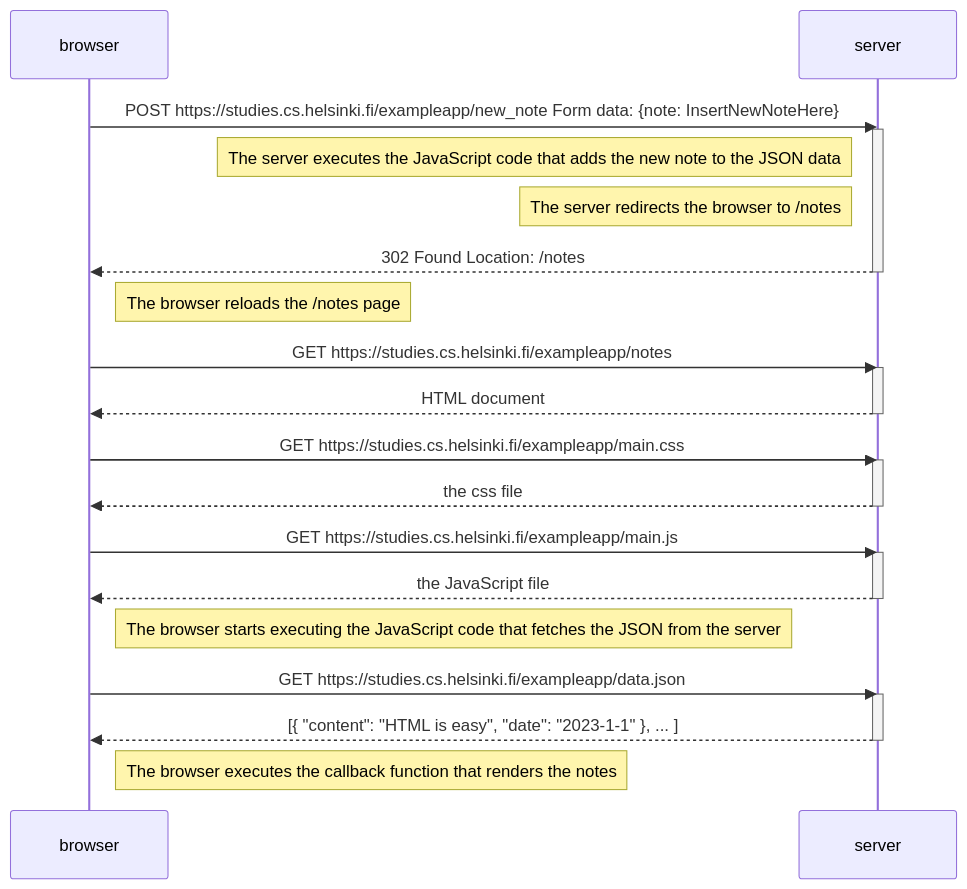
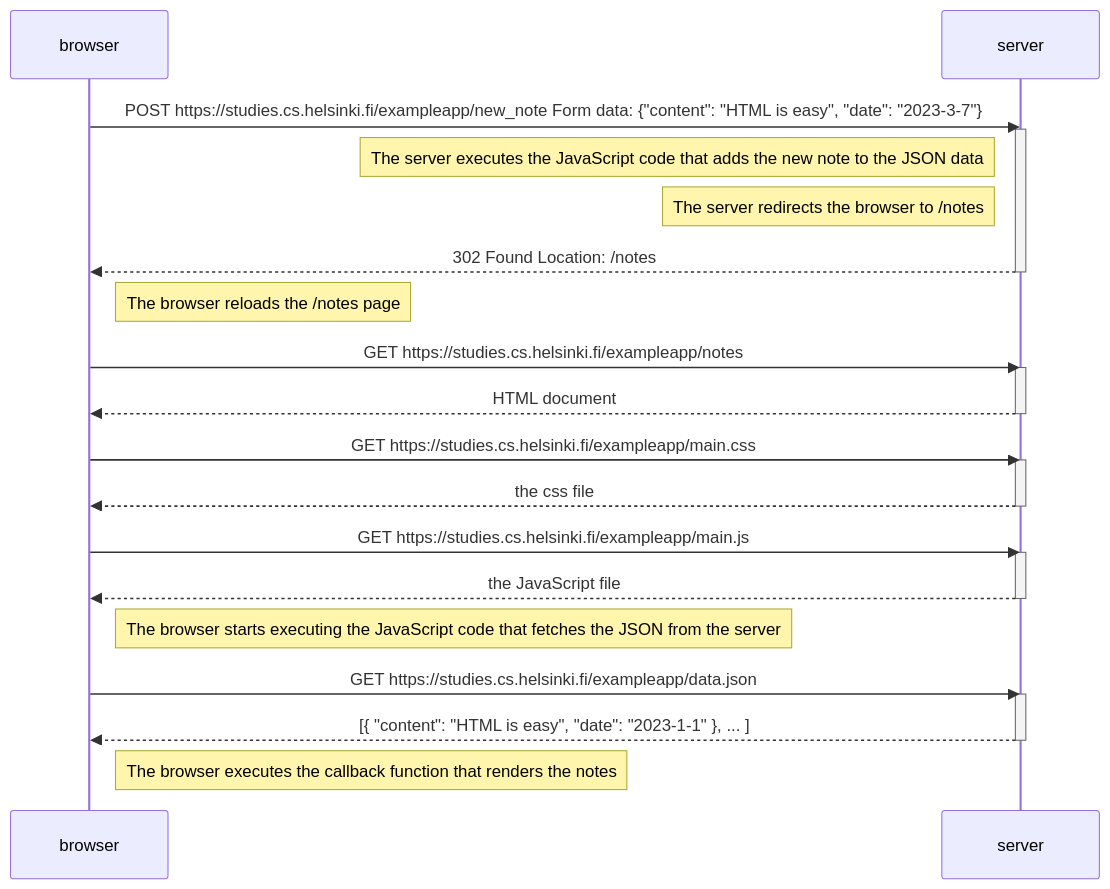
One commit to Jatynjala/Fullstackosa0 changed the diagram in fullstack-0-4.md. Above: the diagram before and after it, drawn with Mermaid.

````diff
--- a/fullstack-0-4.md
+++ b/fullstack-0-4.md
@@ -1,41 +1,41 @@
 ```mermaid
 sequenceDiagram
   participant browser
   participant server
 
-  browser->>server: POST https://studies.cs.helsinki.fi/exampleapp/new_note  Form data: {note: InsertNewNoteHere}
+  browser->>server: POST https://studies.cs.helsinki.fi/exampleapp/new_note  Form data: {"content": "HTML is easy", "date": "2023-3-7"}
   activate server
 
   Note left of server: The server executes the JavaScript code that adds the new note to the JSON data
 
   Note left of server: The server redirects the browser to /notes
 
   server-->>browser: 302 Found  Location: /notes
   deactivate server
 
   Note right of browser: The browser reloads the /notes page
 
   browser->>server: GET https://studies.cs.helsinki.fi/exampleapp/notes
   activate server
   server-->>browser: HTML document
   deactivate server
     
   browser->>server: GET https://studies.cs.helsinki.fi/exampleapp/main.css
   activate server
   server-->>browser: the css file
   deactivate server
     
   browser->>server: GET https://studies.cs.helsinki.fi/exampleapp/main.js
   activate server
   server-->>browser: the JavaScript file
   deactivate server
     
   Note right of browser: The browser starts executing the JavaScript code that fetches the JSON from the server
     
   browser->>server: GET https://studies.cs.helsinki.fi/exampleapp/data.json
   activate server
   server-->>browser: [{ "content": "HTML is easy", "date": "2023-1-1" }, ... ]
   deactivate server    
 
   Note right of browser: The browser executes the callback function that renders the notes 
 ```
````
